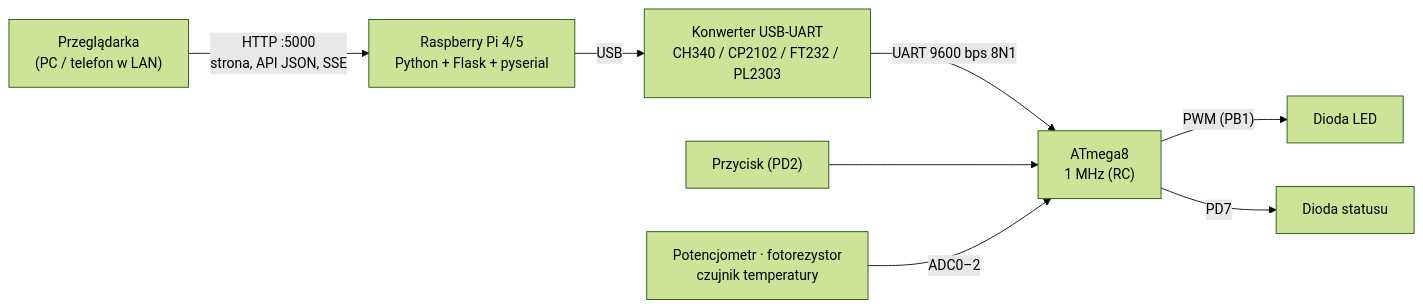
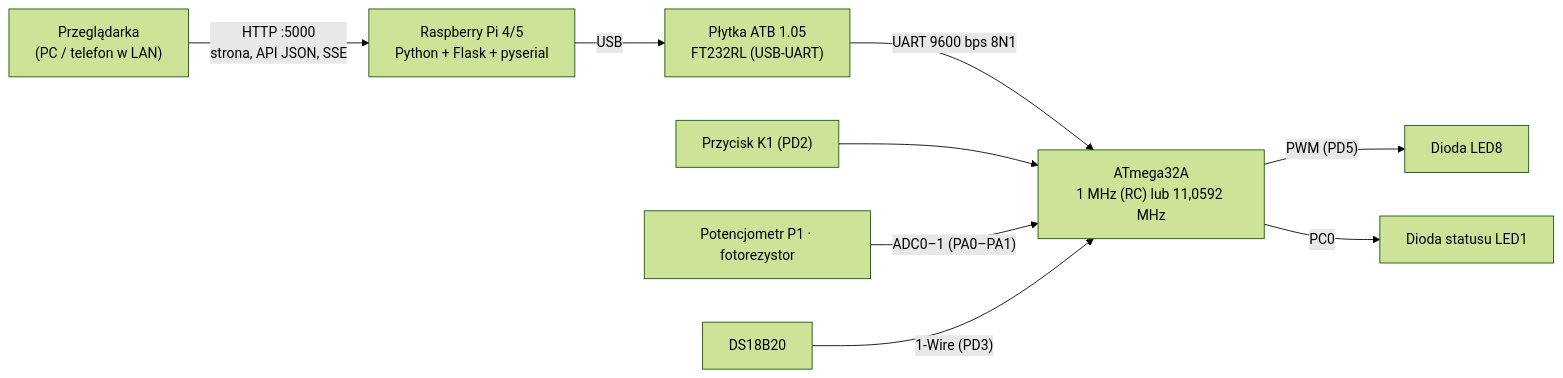
One commit to kotoanidev/szkola-zdalne-sterowanie changed the first of 2 diagrams in README.md. Above: the diagram before and after it, drawn with Mermaid (forest theme). The commit also changed other lines of this file and 8 other files, not shown here.

````diff
--- a/README.md
+++ b/README.md
@@ -73,10 +75,11 @@
 ```mermaid
 flowchart LR
     U["Przeglądarka<br/>(PC / telefon w LAN)"] -- "HTTP :5000<br/>strona, API JSON, SSE" --> S["Raspberry Pi 4/5<br/>Python + Flask + pyserial"]
-    S -- USB --> K["Konwerter USB-UART<br/>CH340 / CP2102 / FT232 / PL2303"]
-    K -- "UART 9600 bps 8N1" --> M["ATmega8<br/>1 MHz (RC)"]
-    M -- "PWM (PB1)" --> L["Dioda LED"]
-    M -- "PD7" --> ST["Dioda statusu"]
-    B["Przycisk (PD2)"] --> M
-    A["Potencjometr · fotorezystor<br/>czujnik temperatury"] -- "ADC0–2" --> M
+    S -- USB --> K["Płytka ATB 1.05<br/>FT232RL (USB-UART)"]
+    K -- "UART 9600 bps 8N1" --> M["ATmega32A<br/>1 MHz (RC) lub 11,0592 MHz"]
+    M -- "PWM (PD5)" --> L["Dioda LED8"]
+    M -- "PC0" --> ST["Dioda statusu LED1"]
+    B["Przycisk K1 (PD2)"] --> M
+    A["Potencjometr P1 · fotorezystor"] -- "ADC0–1 (PA0–PA1)" --> M
+    T["DS18B20"] -- "1-Wire (PD3)" --> M
 ```
````
